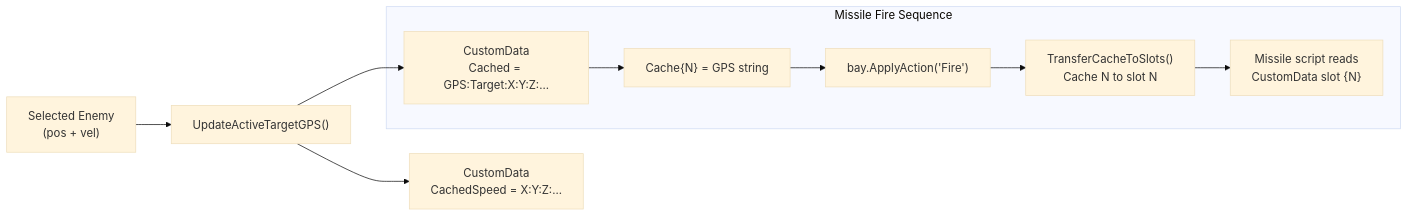
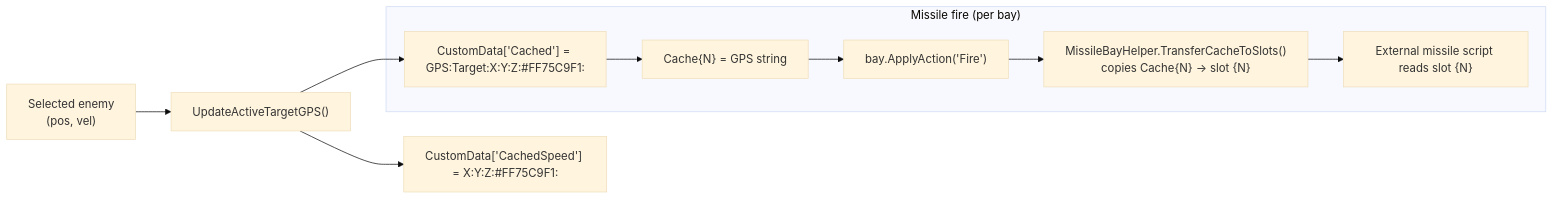
One commit to Terilia/JetOS changed the sixth of 7 diagrams in docs/target-tracking.md. Above: the diagram before and after it, drawn with Mermaid (base theme). The commit also changed other lines of this file and 23 other files, not shown here.

````diff
--- a/docs/target-tracking.md
+++ b/docs/target-tracking.md
@@ -143,13 +200,13 @@
 ```mermaid
 flowchart LR
-    SEL["Selected Enemy\n(pos + vel)"] --> UGPS["UpdateActiveTargetGPS()"]
-    UGPS --> CD_C["CustomData\nCached = GPS:Target:X:Y:Z:..."]
-    UGPS --> CD_S["CustomData\nCachedSpeed = X:Y:Z:..."]
+    SEL["Selected enemy<br/>(pos, vel)"] --> UGPS["UpdateActiveTargetGPS()"]
+    UGPS --> CD1["CustomData['Cached'] = GPS:Target:X:Y:Z:#FF75C9F1:"]
+    UGPS --> CD2["CustomData['CachedSpeed'] = X:Y:Z:#FF75C9F1:"]
 
-    subgraph Fire ["Missile Fire Sequence"]
-        CD_C --> BAY["Cache{N} = GPS string"]
-        BAY --> MERGE["bay.ApplyAction('Fire')"]
-        MERGE --> XFER["TransferCacheToSlots()\nCache N to slot N"]
-        XFER --> MSL["Missile script reads\nCustomData slot {N}"]
+    subgraph FIRE ["Missile fire (per bay)"]
+        CD1 --> BAY["Cache{N} = GPS string"]
+        BAY --> ACT["bay.ApplyAction('Fire')"]
+        ACT --> XF["MissileBayHelper.TransferCacheToSlots()<br/>copies Cache{N} → slot {N}"]
+        XF --> MS["External missile script reads slot {N}"]
     end
 ```
````
